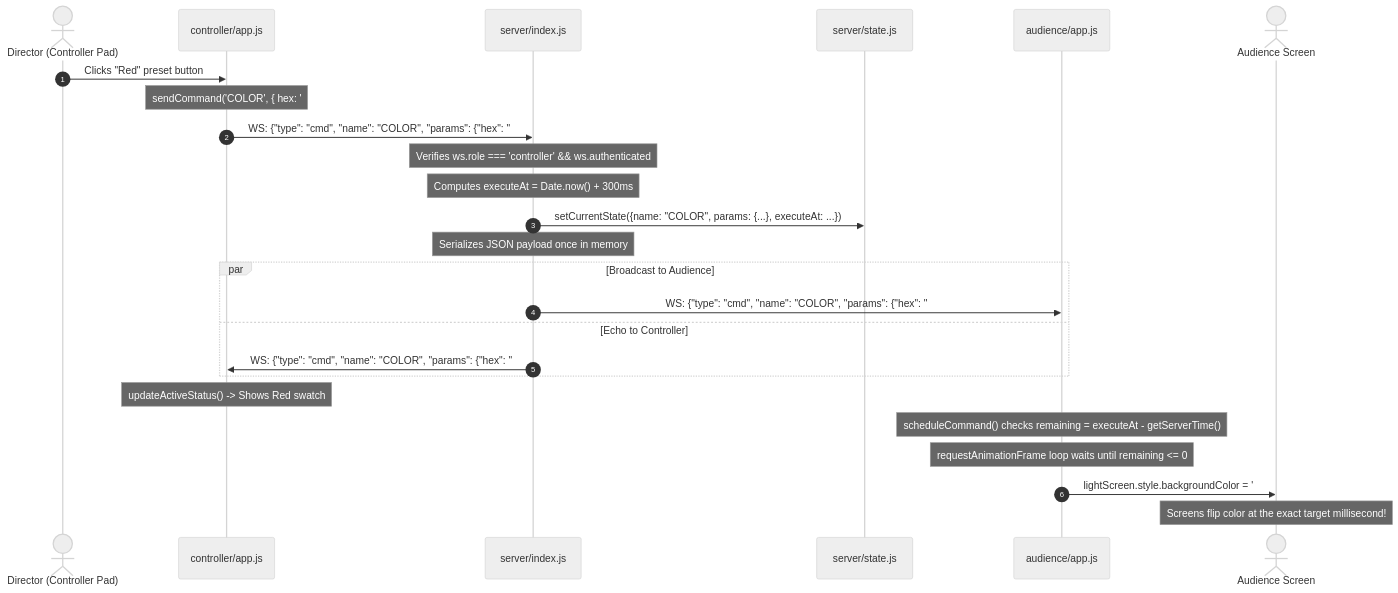
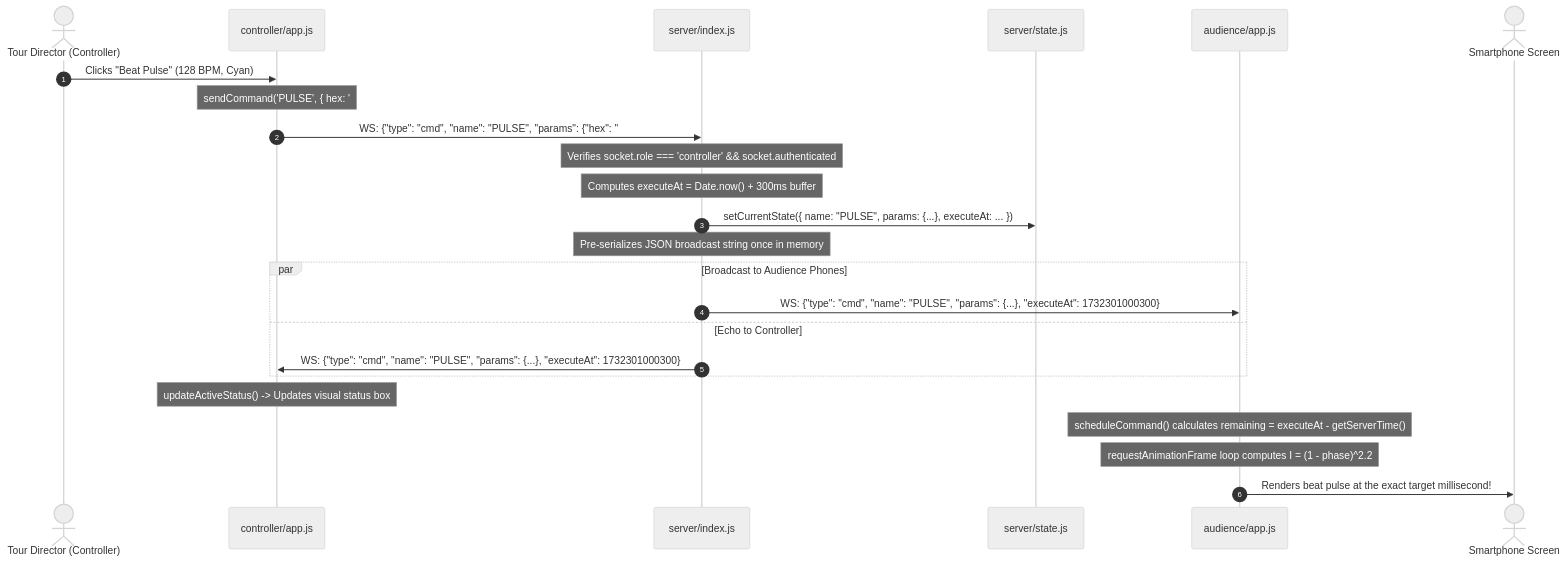
The diagram in README.md (itsrajaniket/CrowdLight), drawn with Mermaid (neutral theme) before and after one commit. The commit also changed other lines of this file, not shown here.

Commit message:
docs: update README.md with Pro AV landing page, 100-phone simulator, INR calculator, and mobile architecture

````diff
--- a/README.md
+++ b/README.md
@@ -251,28 +188,27 @@
 ```mermaid
 sequenceDiagram
     autonumber
-    actor Operator as Director (Controller Pad)
+    actor Operator as Tour Director (Controller)
     participant CApp as controller/app.js
     participant Svr as server/index.js
     participant State as server/state.js
     participant Aud as audience/app.js
-    actor Screen as Audience Screen
+    actor Screen as Smartphone Screen
 
-    Operator->>CApp: Clicks "Red" preset button
-    Note over CApp: sendCommand('COLOR', { hex: '#ef4444' })
-    CApp->>Svr: WS: {"type": "cmd", "name": "COLOR", "params": {"hex": "#ef4444"}}
-    Note over Svr: Verifies ws.role === 'controller' && ws.authenticated
-    Note over Svr: Computes executeAt = Date.now() + 300ms
-    Svr->>State: setCurrentState({name: "COLOR", params: {...}, executeAt: ...})
-    Note over Svr: Serializes JSON payload once in memory
-    par Broadcast to Audience
-        Svr->>Aud: WS: {"type": "cmd", "name": "COLOR", "params": {"hex": "#ef4444"}, "executeAt": 1732301000300}
+    Operator->>CApp: Clicks "Beat Pulse" (128 BPM, Cyan)
+    Note over CApp: sendCommand('PULSE', { hex: '#06b6d4', bpm: 128 })
+    CApp->>Svr: WS: {"type": "cmd", "name": "PULSE", "params": {"hex": "#06b6d4", "bpm": 128}}
+    Note over Svr: Verifies socket.role === 'controller' && socket.authenticated
+    Note over Svr: Computes executeAt = Date.now() + 300ms buffer
+    Svr->>State: setCurrentState({ name: "PULSE", params: {...}, executeAt: ... })
+    Note over Svr: Pre-serializes JSON broadcast string once in memory
+    par Broadcast to Audience Phones
+        Svr->>Aud: WS: {"type": "cmd", "name": "PULSE", "params": {...}, "executeAt": 1732301000300}
     and Echo to Controller
-        Svr->>CApp: WS: {"type": "cmd", "name": "COLOR", "params": {"hex": "#ef4444"}, "executeAt": 1732301000300}
+        Svr->>CApp: WS: {"type": "cmd", "name": "PULSE", "params": {...}, "executeAt": 1732301000300}
     end
-    Note over CApp: updateActiveStatus() -> Shows Red swatch
-    Note over Aud: scheduleCommand() checks remaining = executeAt - getServerTime()
-    Note over Aud: requestAnimationFrame loop waits until remaining <= 0
-    Aud->>Screen: lightScreen.style.backgroundColor = '#ef4444'
-    Note over Screen: Screens flip color at the exact target millisecond!
+    Note over CApp: updateActiveStatus() -> Updates visual status box
+    Note over Aud: scheduleCommand() calculates remaining = executeAt - getServerTime()
+    Note over Aud: requestAnimationFrame loop computes I = (1 - phase)^2.2
+    Aud->>Screen: Renders beat pulse at the exact target millisecond!
 ```
````
